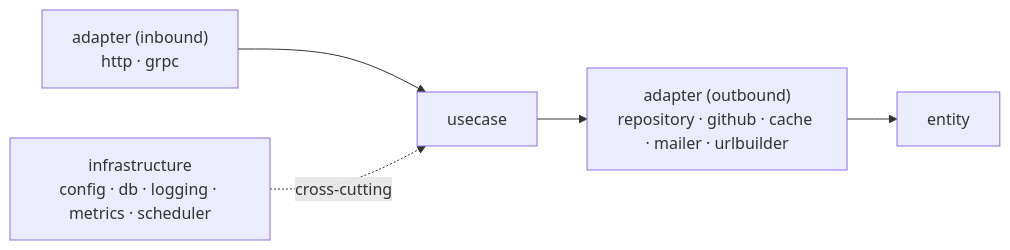
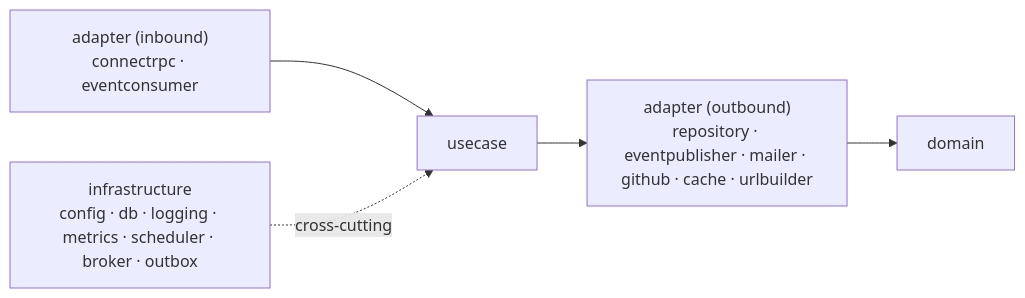
Before and after one commit to GenesisEducationKyiv/software-engineering-school-6-0-mzabrodin: the diagram in docs/adr/008-hexagonal-architecture.md, drawn with Mermaid. The commit also changed other lines of this file and 15 other files, not shown here.

Commit message:
docs(ADR): remove outdated ADRs 002, 004, 005, and 009; add ADR-012 for event-driven architecture

````diff
--- a/docs/adr/008-hexagonal-architecture.md
+++ b/docs/adr/008-hexagonal-architecture.md
@@ -30,7 +29,7 @@
 ```mermaid
 flowchart LR
-    Inbound["adapter (inbound)<br/>http · grpc"] --> UseCase[usecase]
-    UseCase --> Outbound["adapter (outbound)<br/>repository · github · cache · mailer · urlbuilder"]
-    Outbound --> Entity[entity]
-    Infra["infrastructure<br/>config · db · logging · metrics · scheduler"] -.cross-cutting.-> UseCase
+    Inbound["adapter (inbound)<br/>connectrpc · eventconsumer"] --> UseCase[usecase]
+    UseCase --> Outbound["adapter (outbound)<br/>repository · eventpublisher · mailer · github · cache · urlbuilder"]
+    Outbound --> Domain[domain]
+    Infra["infrastructure<br/>config · db · logging · metrics · scheduler · broker · outbox"] -.cross-cutting.-> UseCase
 ```
````
